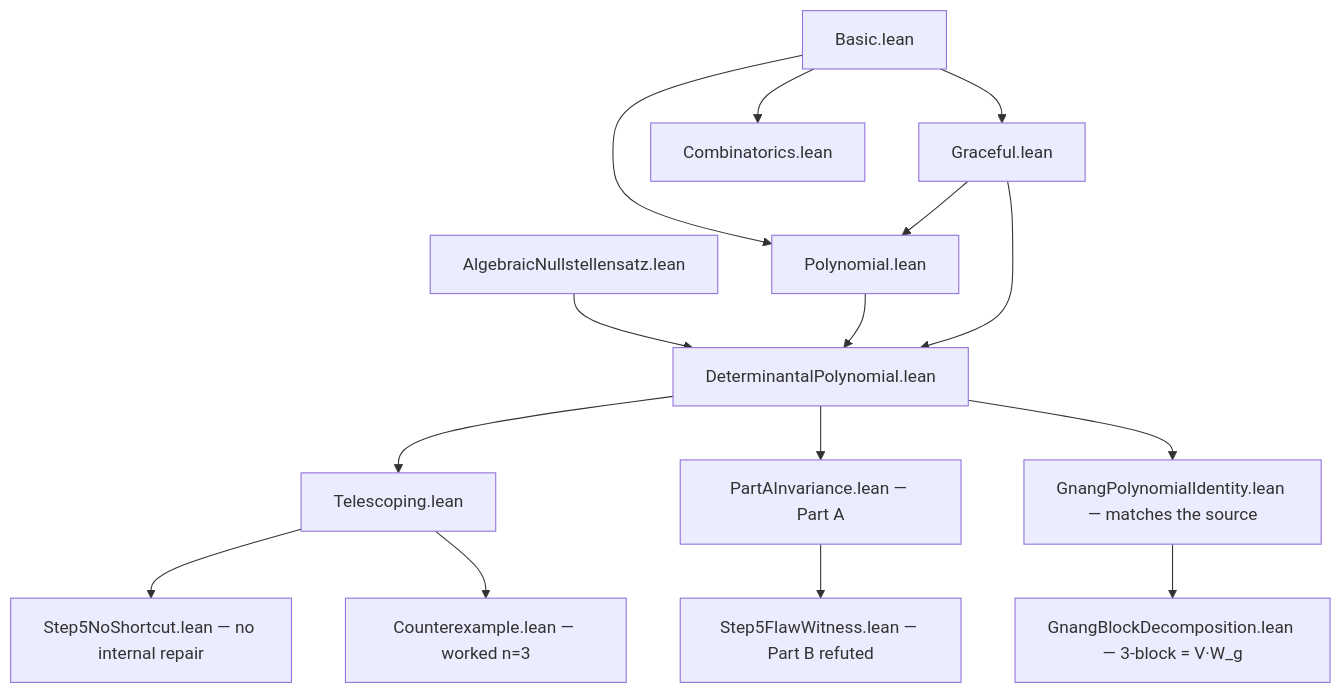
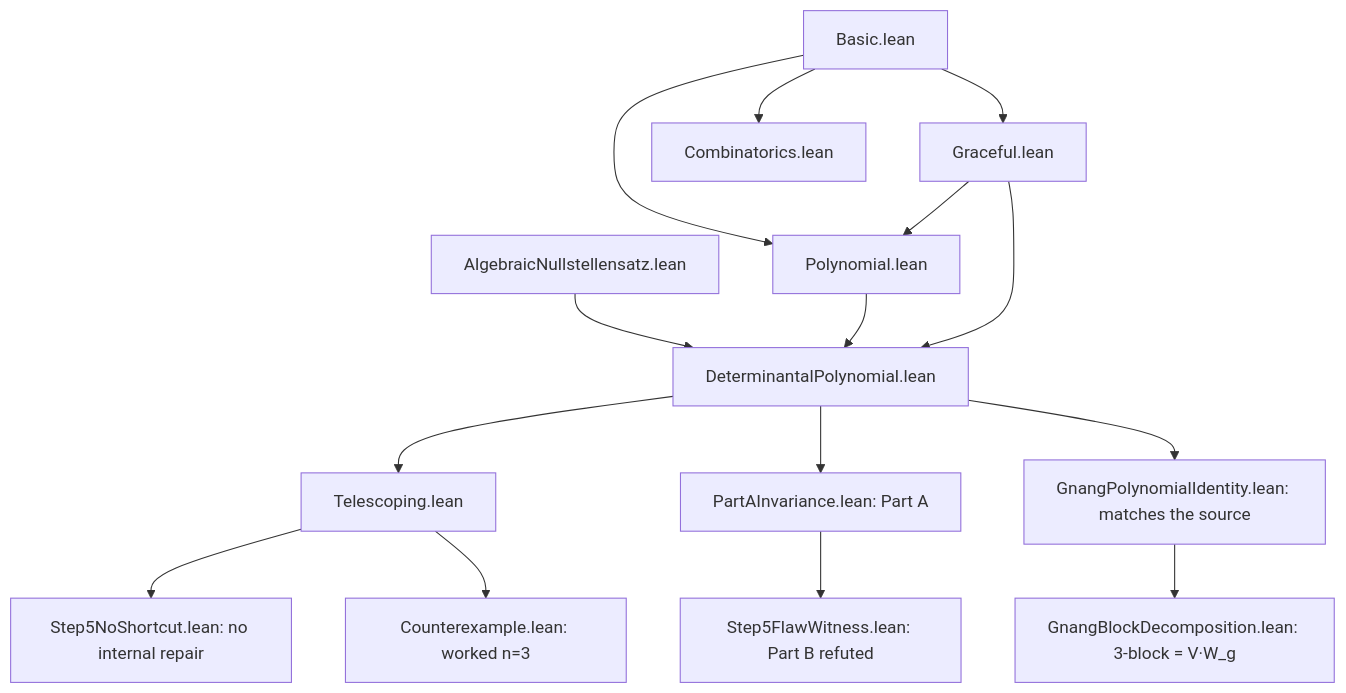
The diagram in README.md (Doublew08/KRR), drawn with Mermaid before and after one commit. The commit also changed other lines of this file and 4 other files, not shown here.

````diff
--- a/README.md
+++ b/README.md
@@ -109,17 +106,17 @@
 ```mermaid
 graph TD
     B["Basic.lean"] --> G["Graceful.lean"]
     B --> C["Combinatorics.lean"]
     B --> Po["Polynomial.lean"]
     G --> Po
     N["AlgebraicNullstellensatz.lean"] --> P["DeterminantalPolynomial.lean"]
     Po --> P
     G --> P
     P --> T["Telescoping.lean"]
-    P --> X["PartAInvariance.lean — Part A"]
-    P --> ID["GnangPolynomialIdentity.lean — matches the source"]
-    ID --> BL["GnangBlockDecomposition.lean — 3-block = V·W_g"]
-    T --> NS["Step5NoShortcut.lean — no internal repair"]
-    X --> FW["Step5FlawWitness.lean — Part B refuted"]
-    T --> Y["Counterexample.lean — worked n=3"]
+    P --> X["PartAInvariance.lean: Part A"]
+    P --> ID["GnangPolynomialIdentity.lean: matches the source"]
+    ID --> BL["GnangBlockDecomposition.lean: 3-block = V·W_g"]
+    T --> NS["Step5NoShortcut.lean: no internal repair"]
+    X --> FW["Step5FlawWitness.lean: Part B refuted"]
+    T --> Y["Counterexample.lean: worked n=3"]
 ```
````
